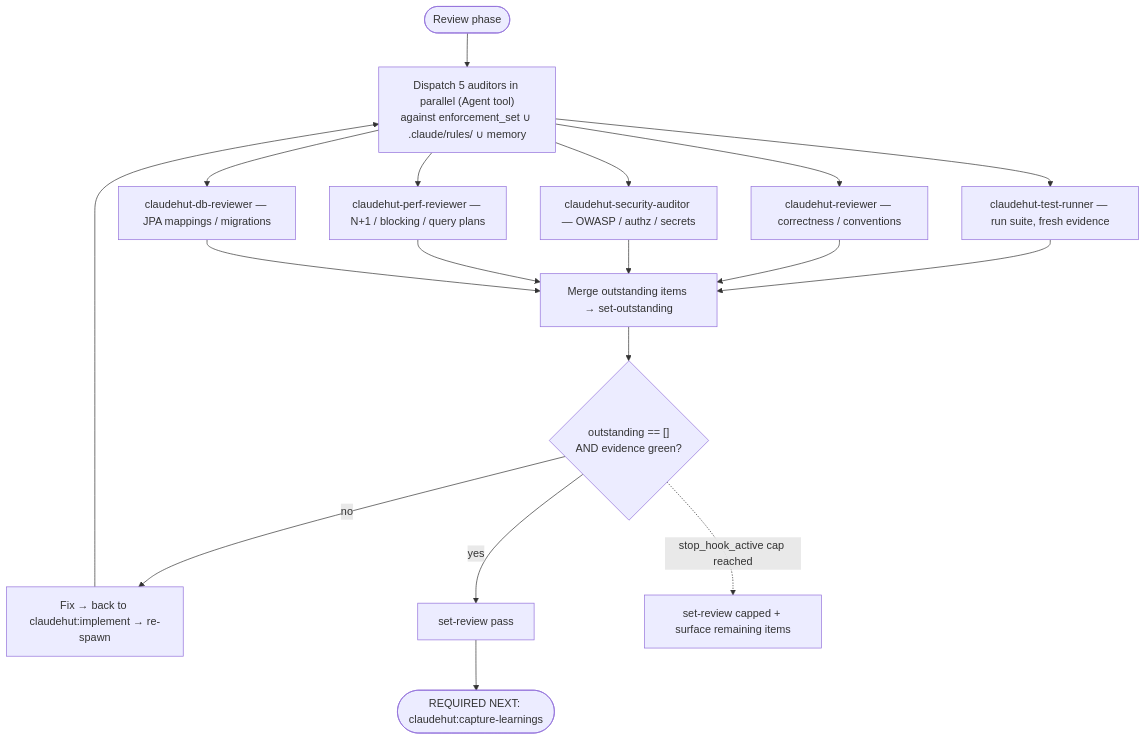
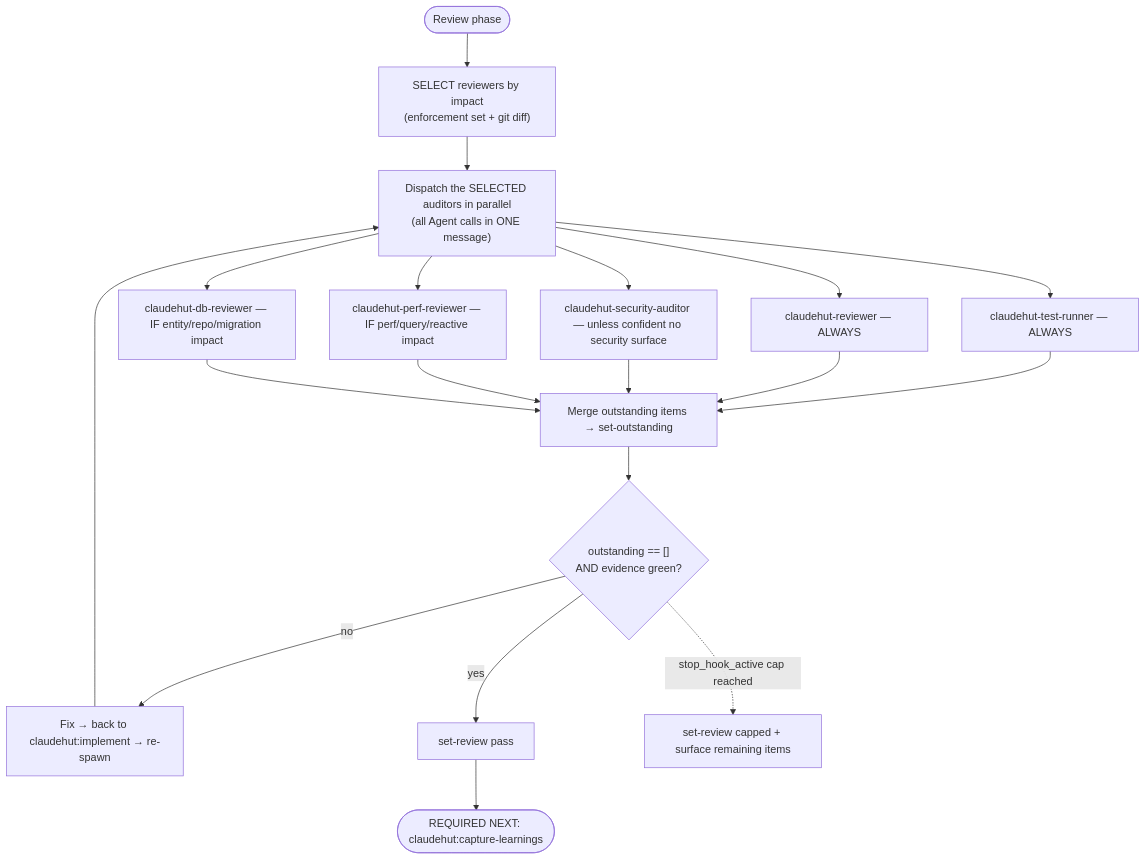
Before and after one commit to taipt1504/claudehut: the diagram in skills/review/SKILL.md, drawn with Mermaid. The commit also changed other lines of this file and 32 other files, not shown here.

First line of the commit message:
release: v0.3.1 — 7-phase workflow, complexity tiers, dynamic review, ideation pipeline

````diff
--- a/skills/review/SKILL.md
+++ b/skills/review/SKILL.md
@@ -24,16 +24,17 @@
 ```mermaid
 flowchart TB
-    start([Review phase]) --> spawn["Dispatch 5 auditors in parallel (Agent tool)<br/>against enforcement_set ∪ .claude/rules/ ∪ memory"]
-    spawn --> tr[claudehut-test-runner — run suite, fresh evidence]
-    spawn --> rv[claudehut-reviewer — correctness / conventions]
-    spawn --> sa[claudehut-security-auditor — OWASP / authz / secrets]
-    spawn --> pr[claudehut-perf-reviewer — N+1 / blocking / query plans]
-    spawn --> db[claudehut-db-reviewer — JPA mappings / migrations]
+    start([Review phase]) --> sel["SELECT reviewers by impact<br/>(enforcement set + git diff)"]
+    sel --> spawn["Dispatch the SELECTED auditors in parallel<br/>(all Agent calls in ONE message)"]
+    spawn --> tr["claudehut-test-runner — ALWAYS"]
+    spawn --> rv["claudehut-reviewer — ALWAYS"]
+    spawn --> sa["claudehut-security-auditor — unless confident no security surface"]
+    spawn --> pr["claudehut-perf-reviewer — IF perf/query/reactive impact"]
+    spawn --> db["claudehut-db-reviewer — IF entity/repo/migration impact"]
     tr & rv & sa & pr & db --> merge["Merge outstanding items → set-outstanding"]
     merge --> cond{"outstanding == []<br/>AND evidence green?"}
     cond -- no --> fix["Fix → back to claudehut:implement → re-spawn"]
     fix --> spawn
     cond -- yes --> pass["set-review pass"]
     pass --> done([REQUIRED NEXT: claudehut:capture-learnings])
     cond -. stop_hook_active cap reached .-> capped["set-review capped + surface remaining items"]
 ```
````
